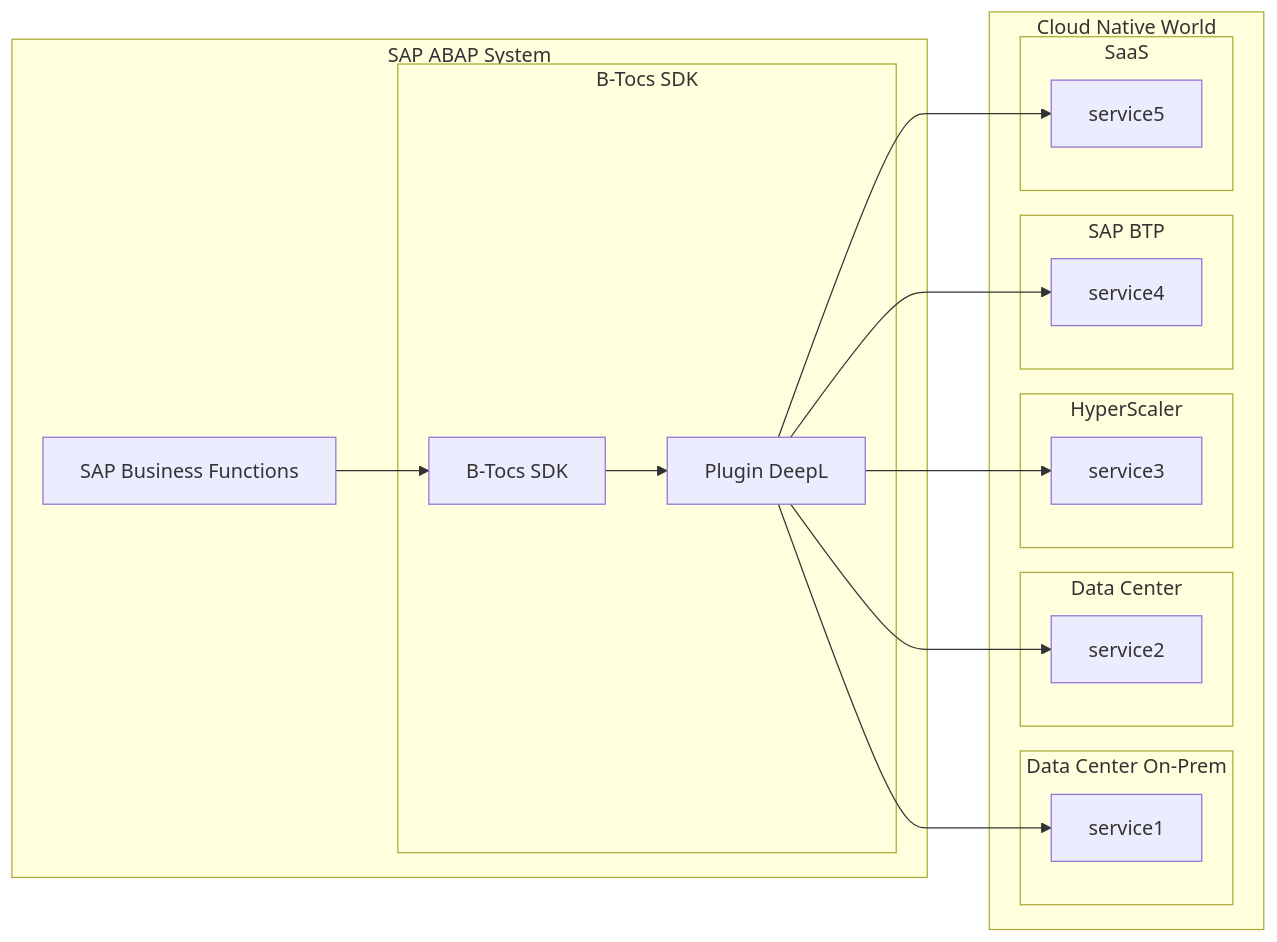
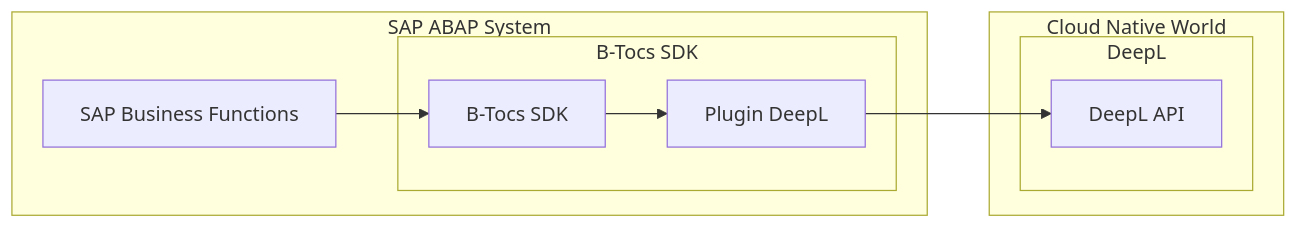
The diagram in README.md (b-tocs/abap_btocs_deepl), drawn with Mermaid before and after one commit.

Commit message:
update architecture

````diff
--- a/README.md
+++ b/README.md
@@ -15,39 +15,20 @@
 ```mermaid
 flowchart LR
     subgraph sap["SAP ABAP System"]
         sap_bf["SAP Business Functions"]
         subgraph sdk["B-Tocs SDK"]
             sdkcore["B-Tocs SDK"]
             plugin["Plugin DeepL"]
             sdkcore-->plugin
         end
         sap_bf-->sdkcore
     end
 
     subgraph cloud-native-world["Cloud Native World"]
-        subgraph onpremise["Data Center On-Prem"]
-            service1
-        end
-        subgraph datacenter["Data Center"]
-            service2
-        end
-        subgraph hyperscaler["HyperScaler"]
-            service3
-        end
-        subgraph sapbtp["SAP BTP"]
-            service4
-        end
-        subgraph saas["SaaS"]
-            service5
+        subgraph saas["DeepL"]
+            deepl_api["DeepL API"]
         end
     end
 
-
-
-    plugin-->service1    
-    plugin-->service2    
-    plugin-->service3    
-    plugin-->service4    
-    plugin-->service5    
-
+    plugin-->deepl_api    
 ```
````
